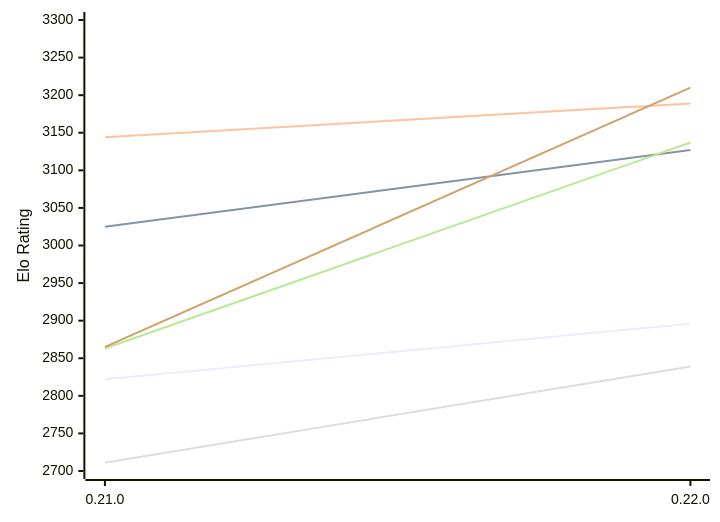
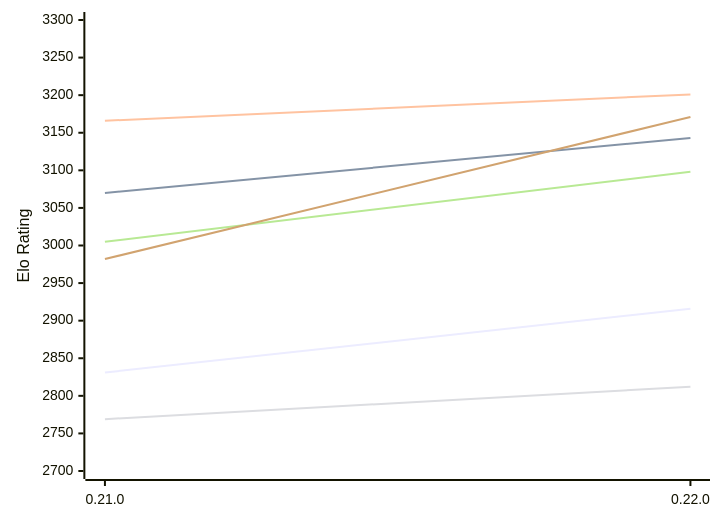
The first of 2 diagrams in engines/Princhess.md (computer-chess-index/cci), drawn with Mermaid before and after one commit. The commit also changed other lines of this file, not shown here.

Commit message:
Update CCI Ratings (ELO VLTC) - 2026-11-14

````diff
--- a/engines/Princhess.md
+++ b/engines/Princhess.md
@@ -50,12 +50,12 @@
 ```mermaid
 %%{init: {"theme":"base","themeVariables":{"seriesColors:['#a3a3a3','#222221','#faa371']}}}%%
 xychart-beta
   x-axis ["0.21.0", "0.22.0"]
   y-axis "Elo Rating" 2700 --> 3300
-  line "E1: STC (8.0+0.08s)" [2822, 2896]
-  line "E1: LTC (60.0+0.60s)" [3025, 3127]
-  line "E1: VLTC (2m24s+1.12s)" [3144, 3189]
-  line "P1: STC (8.0+0.08s)" [2711, 2839]
-  line "P1: LTC (60.0+0.60s)" [2863, 3137]
-  line "P1: VLTC (2m24s+1.12s)" [2865, 3210]
+  line "E1: STC (8.0+0.08s)" [2831, 2916]
+  line "E1: LTC (60.0+0.60s)" [3070, 3143]
+  line "E1: VLTC (2m24s+1.12s)" [3166, 3201]
+  line "P1: STC (8.0+0.08s)" [2769, 2812]
+  line "P1: LTC (60.0+0.60s)" [3005, 3098]
+  line "P1: VLTC (2m24s+1.12s)" [2982, 3171]
 ```
````
